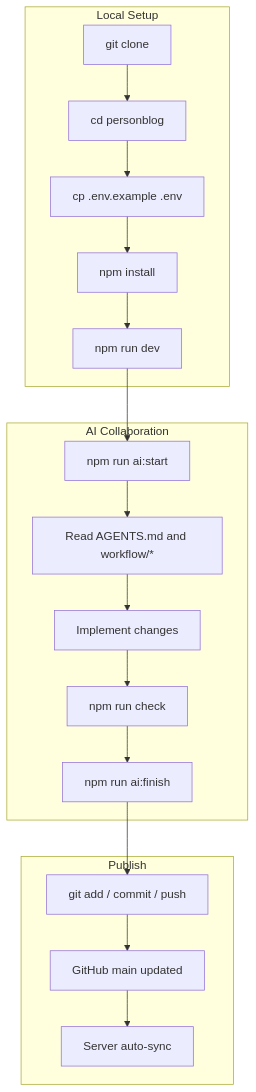
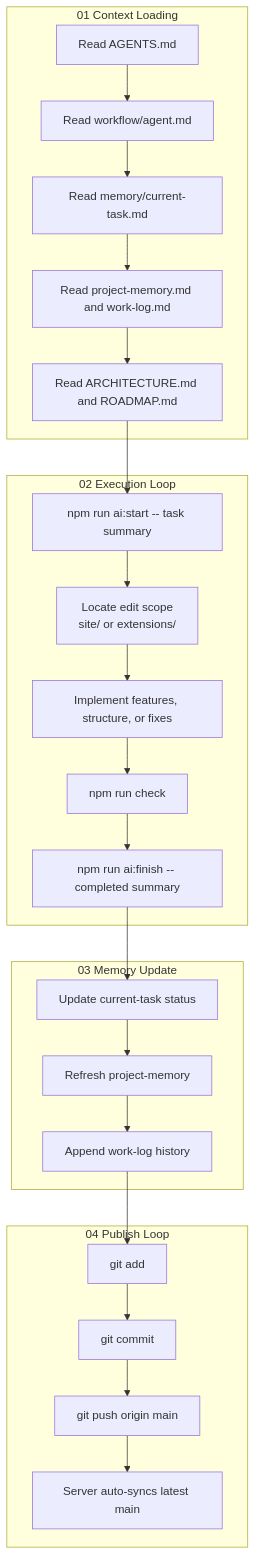
The second of 2 diagrams in README.en.md (1218594966/blog), drawn with Mermaid before and after one commit. The commit also changed other lines of this file and 9 other files, not shown here.

````diff
--- a/README.en.md
+++ b/README.en.md
@@ -108,28 +132,36 @@
 ```mermaid
-flowchart TB
-    subgraph L["Local Setup"]
-        L1["git clone"]
-        L2["cd personblog"]
-        L3["cp .env.example .env"]
-        L4["npm install"]
-        L5["npm run dev"]
+flowchart TD
+    subgraph A["01 Context Loading"]
+        A1["Read AGENTS.md"]
+        A2["Read workflow/agent.md"]
+        A3["Read memory/current-task.md"]
+        A4["Read project-memory.md and work-log.md"]
+        A5["Read ARCHITECTURE.md and ROADMAP.md"]
     end
 
-    subgraph W["AI Collaboration"]
-        W1["npm run ai:start"]
-        W2["Read AGENTS.md and workflow/*"]
-        W3["Implement changes"]
-        W4["npm run check"]
-        W5["npm run ai:finish"]
+    subgraph B["02 Execution Loop"]
+        B1["npm run ai:start -- task summary"]
+        B2["Locate edit scope<br/>site/ or extensions/"]
+        B3["Implement features, structure, or fixes"]
+        B4["npm run check"]
+        B5["npm run ai:finish -- completed summary"]
     end
 
-    subgraph P["Publish"]
-        P1["git add / commit / push"]
-        P2["GitHub main updated"]
-        P3["Server auto-sync"]
+    subgraph C["03 Memory Update"]
+        C1["Update current-task status"]
+        C2["Refresh project-memory"]
+        C3["Append work-log history"]
     end
 
-    L1 --> L2 --> L3 --> L4 --> L5
-    L5 --> W1 --> W2 --> W3 --> W4 --> W5
-    W5 --> P1 --> P2 --> P3
+    subgraph D["04 Publish Loop"]
+        D1["git add"]
+        D2["git commit"]
+        D3["git push origin main"]
+        D4["Server auto-syncs latest main"]
+    end
+
+    A1 --> A2 --> A3 --> A4 --> A5 --> B1
+    B1 --> B2 --> B3 --> B4 --> B5
+    B5 --> C1 --> C2 --> C3 --> D1
+    D1 --> D2 --> D3 --> D4
 ```
````
